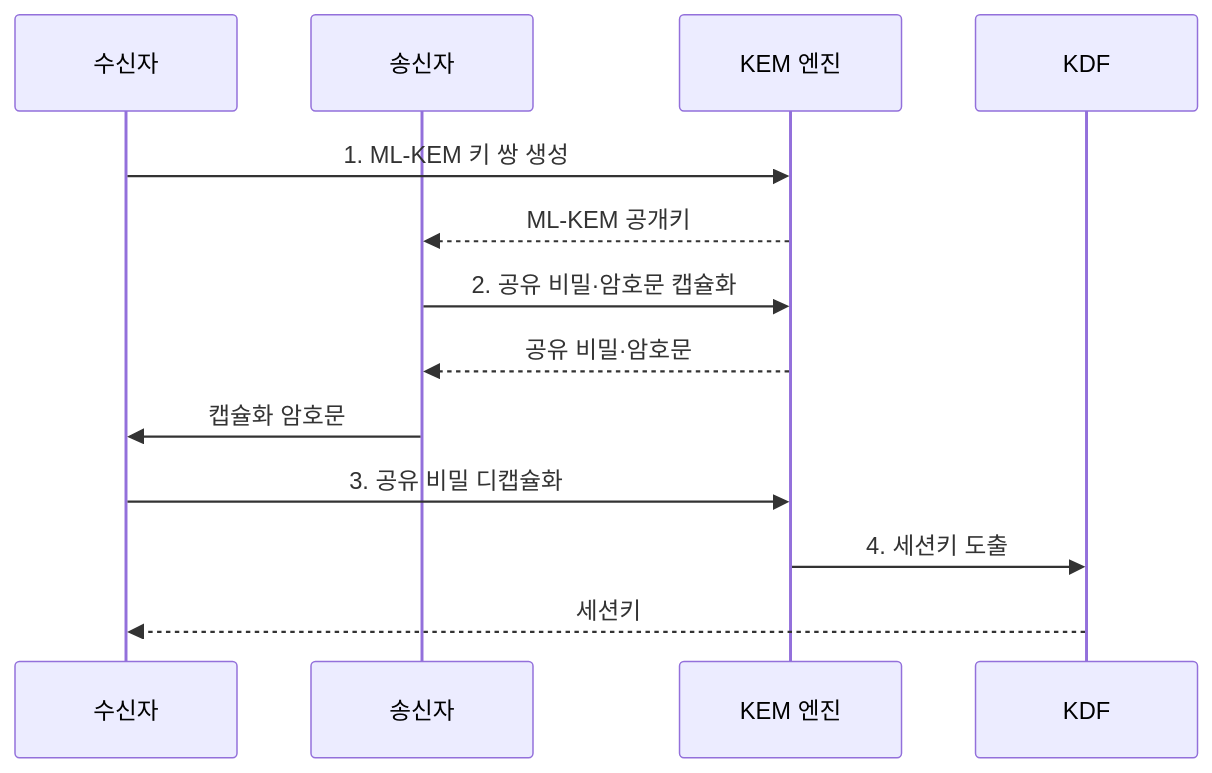
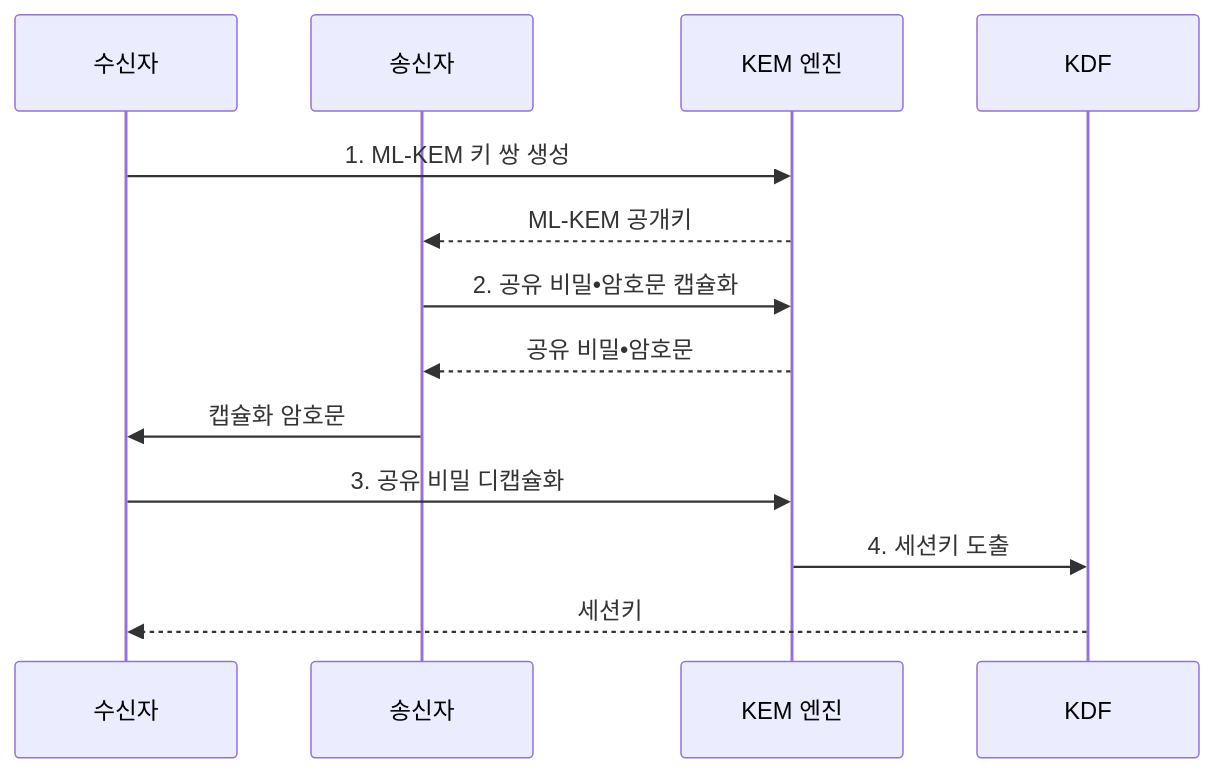
One commit to agnusdei1207/knowledge-base changed the second of 2 diagrams in src/content/docs/notes/05-security/012_post_quantum_cryptography.md. Above: the diagram before and after it, drawn with Mermaid. The commit also changed other lines of this file and 953 other files, not shown here.

````diff
--- a/src/content/docs/notes/05-security/012_post_quantum_cryptography.md
+++ b/src/content/docs/notes/05-security/012_post_quantum_cryptography.md
@@ -105,15 +105,15 @@
 ```mermaid
 sequenceDiagram
     participant R as 수신자
     participant S as 송신자
     participant K as KEM 엔진
     participant D as KDF
     R->>K: 1. ML-KEM 키 쌍 생성
     K-->>S: ML-KEM 공개키
-    S->>K: 2. 공유 비밀·암호문 캡슐화
-    K-->>S: 공유 비밀·암호문
+    S->>K: 2. 공유 비밀•암호문 캡슐화
+    K-->>S: 공유 비밀•암호문
     S->>R: 캡슐화 암호문
     R->>K: 3. 공유 비밀 디캡슐화
     K->>D: 4. 세션키 도출
     D-->>R: 세션키
 ```
````
